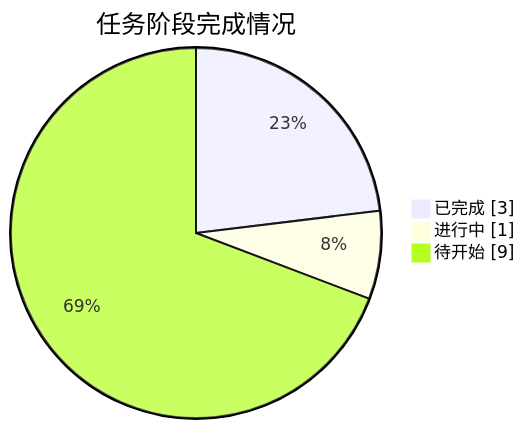
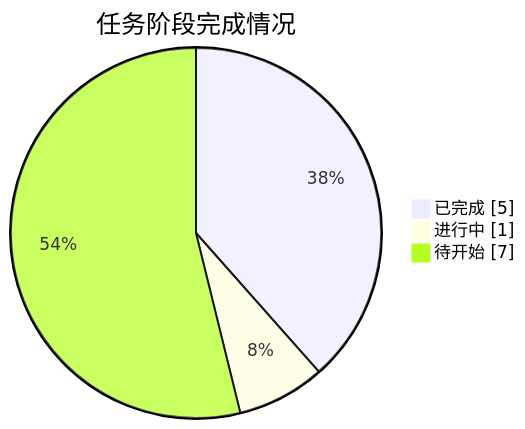
The diagram in README.md (J-met77/AAW-mathorcup-2025-B-1), drawn with Mermaid before and after one commit. The commit also changed other lines of this file and 7 other files, not shown here.

````diff
--- a/README.md
+++ b/README.md
@@ -27,7 +27,7 @@
 ```mermaid
 pie showData
     title 任务阶段完成情况
-    "已完成" : 3
+    "已完成" : 5
     "进行中" : 1
-    "待开始" : 9
+    "待开始" : 7
 ```
````
